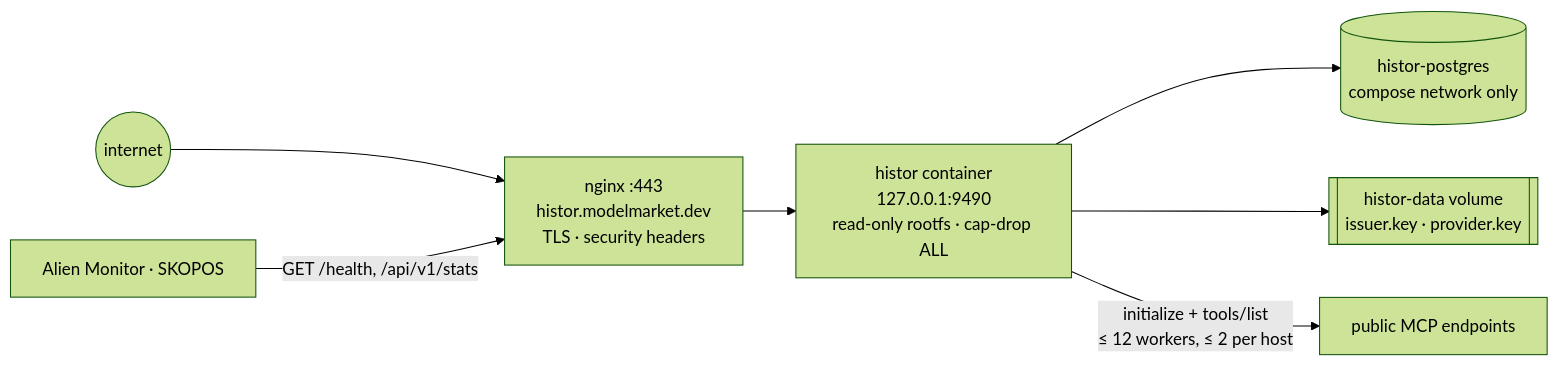
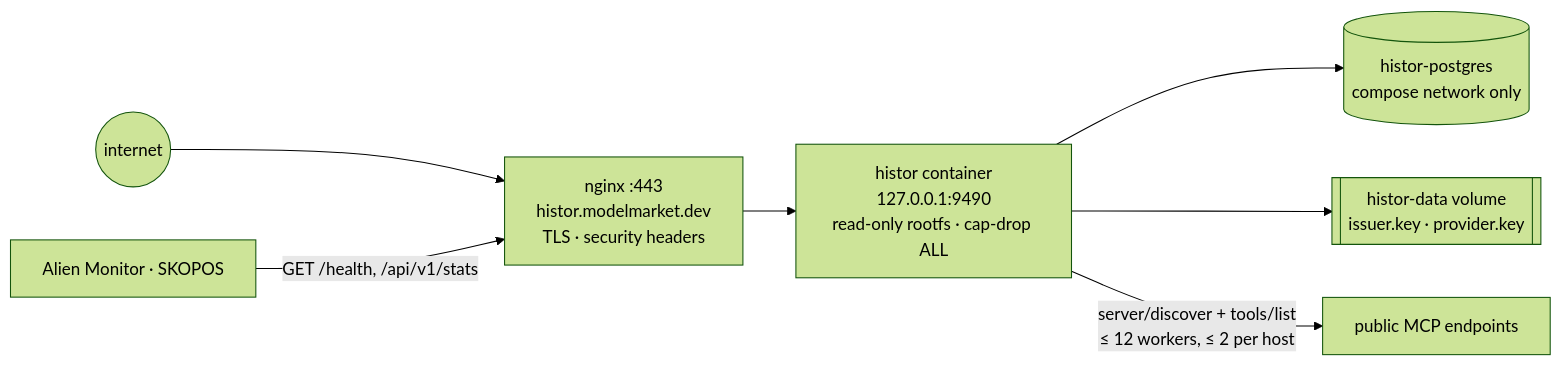
The first of 3 diagrams in docs/operations.md (alexar76/histor), drawn with Mermaid (forest theme) before and after one commit. The commit also changed other lines of this file and 78 other files, not shown here.

````diff
--- a/docs/operations.md
+++ b/docs/operations.md
@@ -7,9 +7,9 @@
 ```mermaid
 flowchart LR
     NET(("internet")) --> NGINX["nginx :443<br/>histor.modelmarket.dev<br/>TLS · security headers"]
     NGINX --> APP["histor container<br/>127.0.0.1:9490<br/>read-only rootfs · cap-drop ALL"]
     APP --> PG[("histor-postgres<br/>compose network only")]
     APP --> VOL[["histor-data volume<br/>issuer.key · provider.key"]]
-    APP -- "initialize + tools/list<br/>≤ 12 workers, ≤ 2 per host" --> MCP["public MCP endpoints"]
+    APP -- "server/discover + tools/list<br/>≤ 12 workers, ≤ 2 per host" --> MCP["public MCP endpoints"]
     MON["Alien Monitor · SKOPOS"] -- "GET /health, /api/v1/stats" --> NGINX
 ```
````
